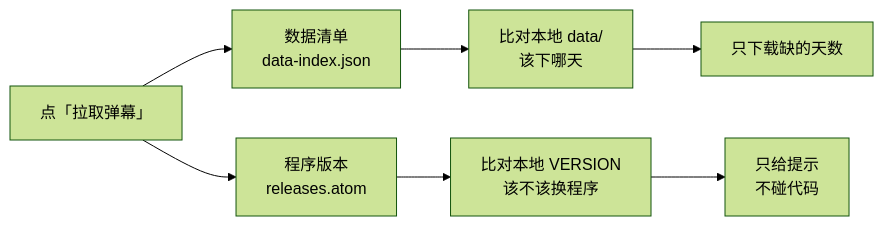
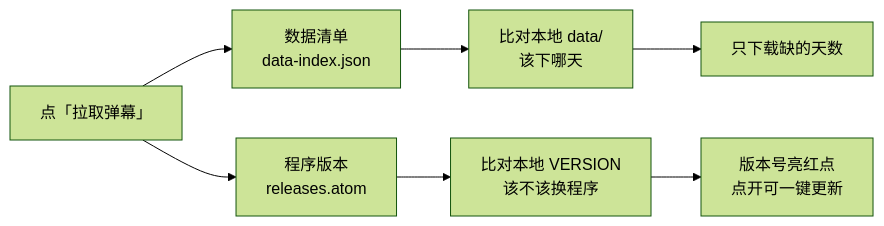
Before and after one commit to root9701/danmaku-timewarp: the fourth of 4 diagrams in DISTRIBUTION.md, drawn with Mermaid (forest theme). The commit also changed other lines of this file and 11 other files, not shown here.

````diff
--- a/DISTRIBUTION.md
+++ b/DISTRIBUTION.md
@@ -233,9 +262,9 @@
 ```mermaid
 flowchart LR
     A["点「拉取弹幕」"] --> B["数据清单<br/>data-index.json"]
     A --> C["程序版本<br/>releases.atom"]
     B --> D["比对本地 data/<br/>该下哪天"]
     C --> E["比对本地 VERSION<br/>该不该换程序"]
     D --> F["只下载缺的天数"]
-    E --> G["只给提示<br/>不碰代码"]
+    E --> G["版本号亮红点<br/>点开可一键更新"]
 ```
````
